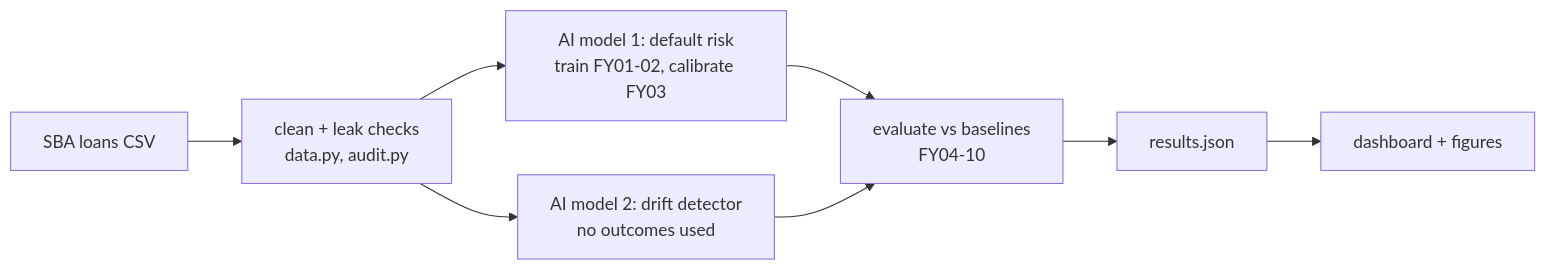
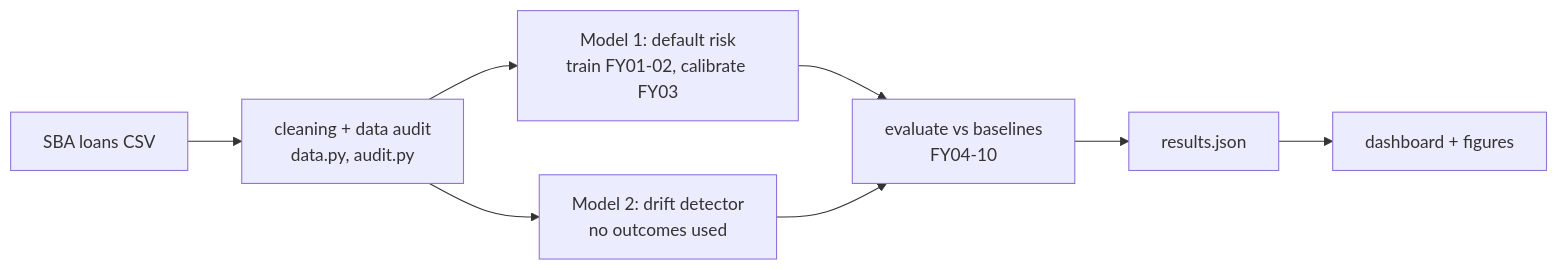
Before and after one commit to mihirheera/stale-model-alarm: the diagram in README.md, drawn with Mermaid. The commit also changed other lines of this file and 10 other files, not shown here.

````diff
--- a/README.md
+++ b/README.md
@@ -119,9 +138,9 @@
 ```mermaid
 flowchart LR
-  A[SBA loans CSV] --> B[clean + leak checks<br>data.py, audit.py]
-  B --> C[AI model 1: default risk<br>train FY01-02, calibrate FY03]
-  B --> D[AI model 2: drift detector<br>no outcomes used]
+  A[SBA loans CSV] --> B[cleaning + data audit<br>data.py, audit.py]
+  B --> C[Model 1: default risk<br>train FY01-02, calibrate FY03]
+  B --> D[Model 2: drift detector<br>no outcomes used]
   C --> E[evaluate vs baselines<br>FY04-10]
   D --> E
   E --> F[results.json] --> G[dashboard + figures]
 ```
````
